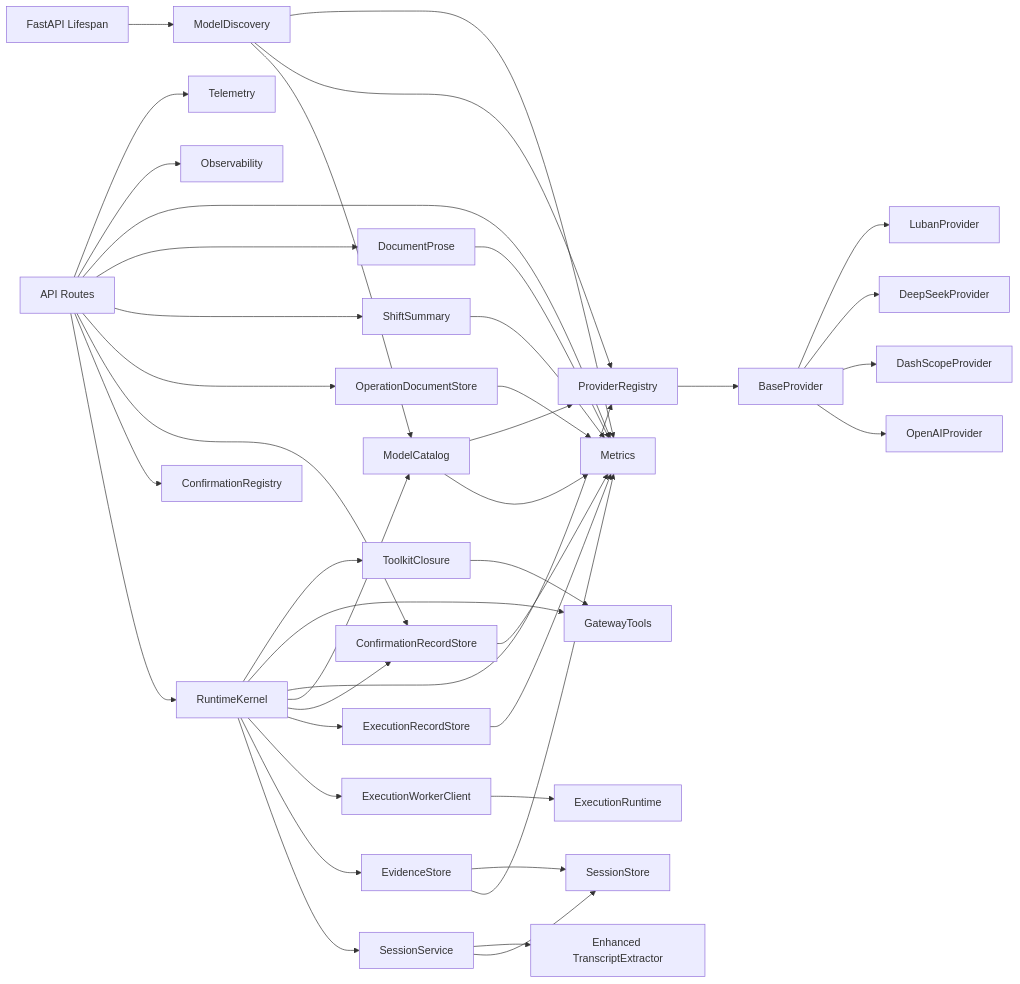
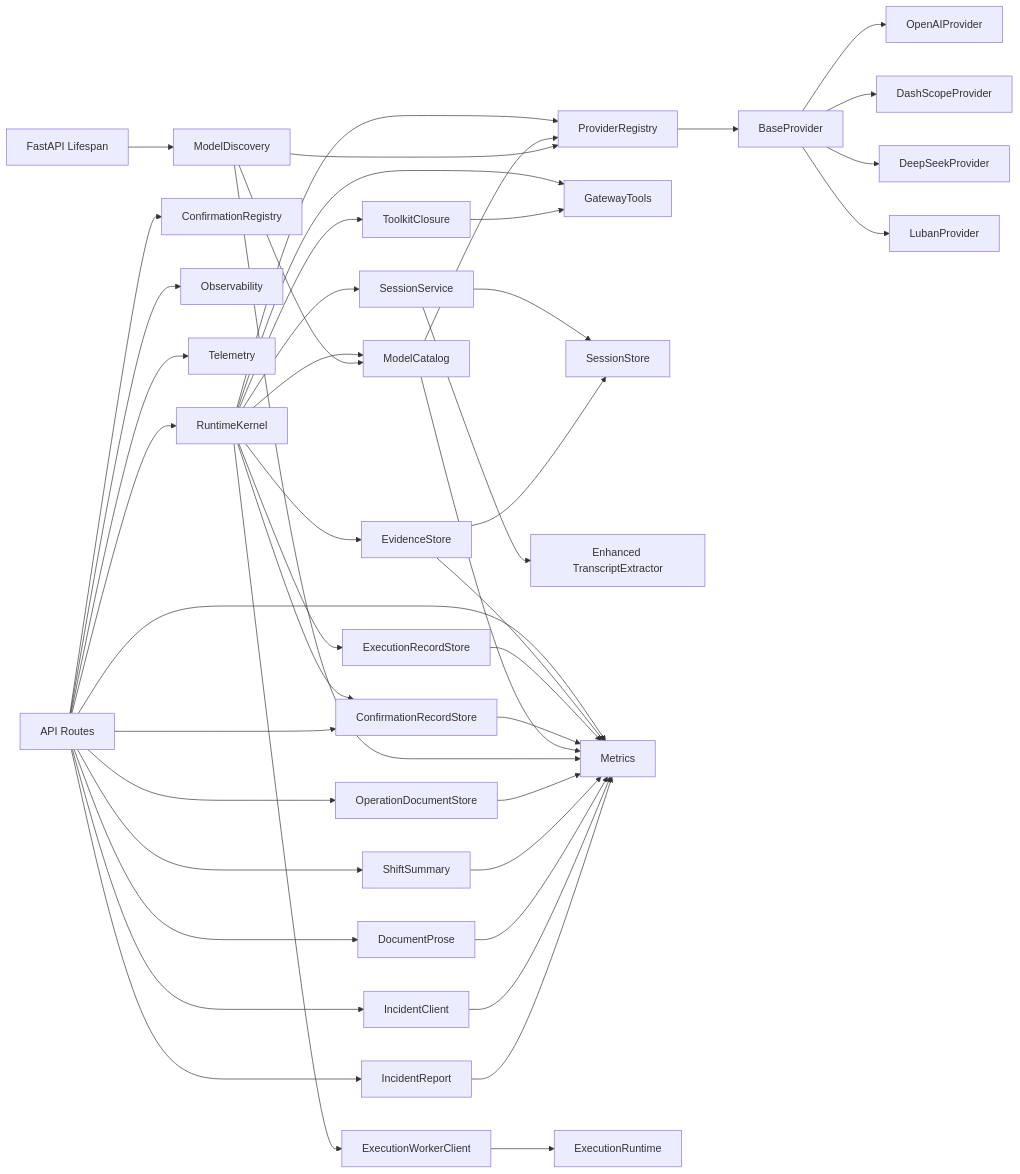
One commit to metasync/luban-aiops changed diagram 42 of 42 in .qoder/repowiki/en/content/Agent Platform Service/Agent Platform Service.md. Above: the diagram before and after it, drawn with Mermaid. The commit also changed other lines of this file and 72 other files, not shown here.

````diff
--- a/.qoder/repowiki/en/content/Agent Platform Service/Agent Platform Service.md
+++ b/.qoder/repowiki/en/content/Agent Platform Service/Agent Platform Service.md
@@ -2461,43 +2612,47 @@
 ```mermaid
 graph LR
 API["API Routes"] --> Kernel["RuntimeKernel"]
 Kernel --> Session["SessionService"]
 Kernel --> Evidence["EvidenceStore"]
 Kernel --> ExecWorker["ExecutionWorkerClient"]
 Kernel --> ExecRecords["ExecutionRecordStore"]
 Kernel --> ConfirmStore["ConfirmationRecordStore"]
 Kernel --> ModelCat["ModelCatalog"]
 Kernel --> Registry["ProviderRegistry"]
 Kernel --> Tools["GatewayTools"]
 Kernel --> Closure["ToolkitClosure"]
 Registry --> Base["BaseProvider"]
 Base --> OpenAI["OpenAIProvider"]
 Base --> DashScope["DashScopeProvider"]
 Base --> DeepSeek["DeepSeekProvider"]
 Base --> Luban["LubanProvider"]
 Session --> Store["SessionStore"]
 Session --> Transcript["Enhanced TranscriptExtractor"]
 API --> HITL["ConfirmationRegistry"]
 API --> ConfirmStore
 API --> DocStore["OperationDocumentStore"]
 API --> ShiftSum["ShiftSummary"]
 API --> DocProse["DocumentProse"]
+API --> IncClient["IncidentClient"]
+API --> IncReport["IncidentReport"]
 API --> Metrics["Metrics"]
 API --> Obs["Observability"]
 API --> Tel["Telemetry"]
 Closure --> Tools
 Evidence --> Metrics
 Evidence --> Store
 ExecWorker --> ExecRuntime["ExecutionRuntime"]
 ExecRecords --> Metrics
 ConfirmStore --> Metrics
 ModelCat --> Metrics
 ModelCat --> Registry
 ModelDisc["ModelDiscovery"] --> ModelCat
 ModelDisc --> Registry
 ModelDisc --> Metrics
 Lifespan["FastAPI Lifespan"] --> ModelDisc
 DocStore --> Metrics
 ShiftSum --> Metrics
 DocProse --> Metrics
+IncClient --> Metrics
+IncReport --> Metrics
 ```
````
